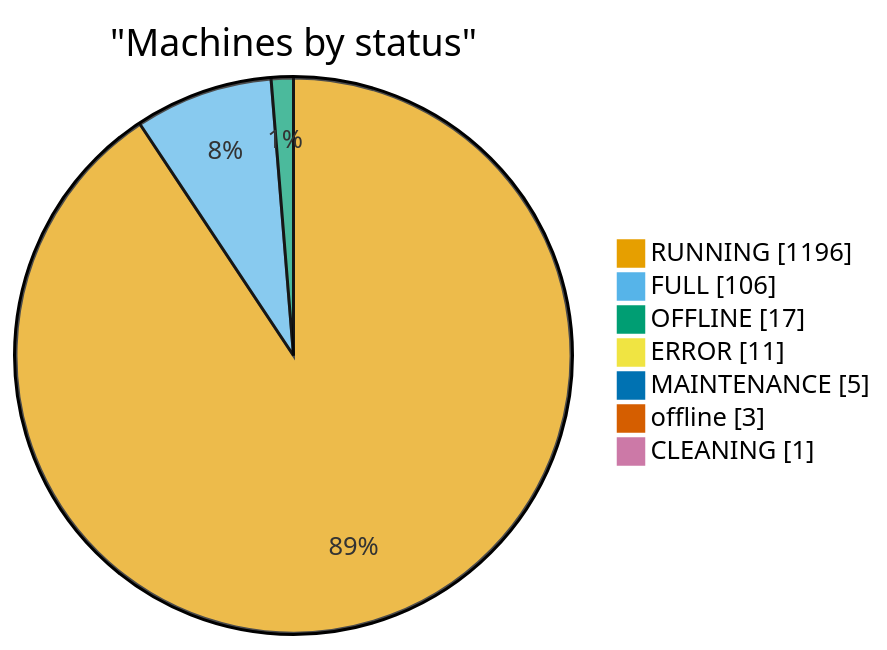
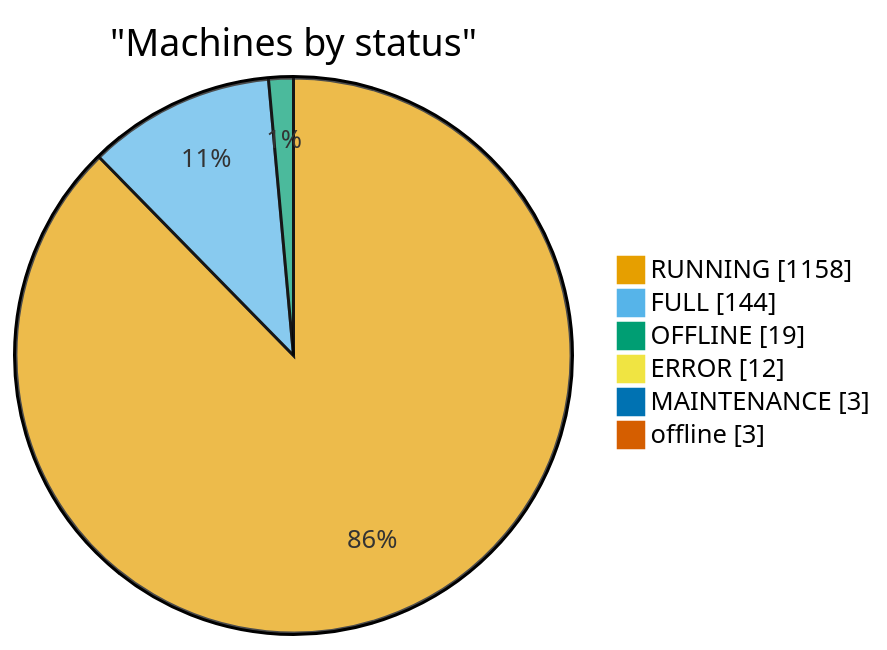
One commit to cheeaun/returnright-data changed the first of 5 diagrams in ANALYSIS.md. Above: the diagram before and after it, drawn with Mermaid. The commit also changed other lines of this file and 3 other files, not shown here.

````diff
--- a/ANALYSIS.md
+++ b/ANALYSIS.md
@@ -16,23 +16,22 @@
 ```mermaid
 ---
 config:
   themeVariables:
     pie1: "#E69F00"
     pie2: "#56B4E9"
     pie3: "#009E73"
     pie4: "#F0E442"
     pie5: "#0072B2"
     pie6: "#D55E00"
     pie7: "#CC79A7"
     pie8: "#999999"
 ---
 pie showData
     title "Machines by status"
-    "RUNNING": 1196
-    "FULL": 106
-    "OFFLINE": 17
-    "ERROR": 11
-    "MAINTENANCE": 5
+    "RUNNING": 1158
+    "FULL": 144
+    "OFFLINE": 19
+    "ERROR": 12
+    "MAINTENANCE": 3
     "offline": 3
-    "CLEANING": 1
 ```
````
